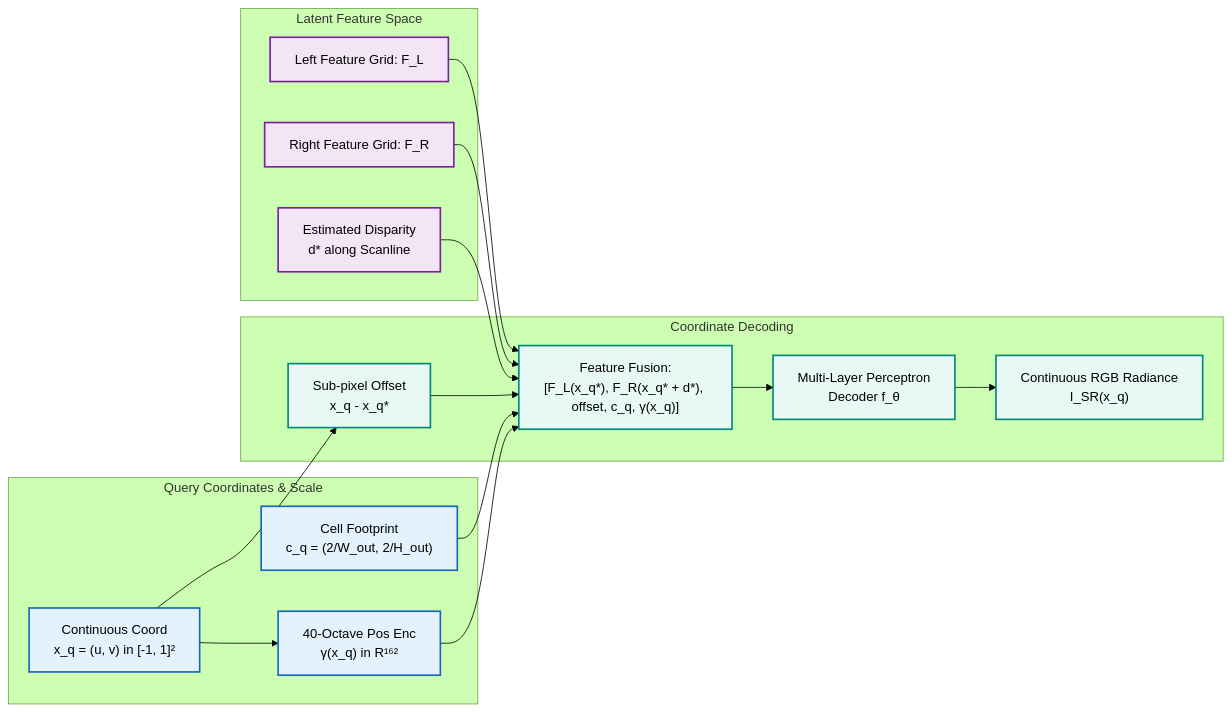
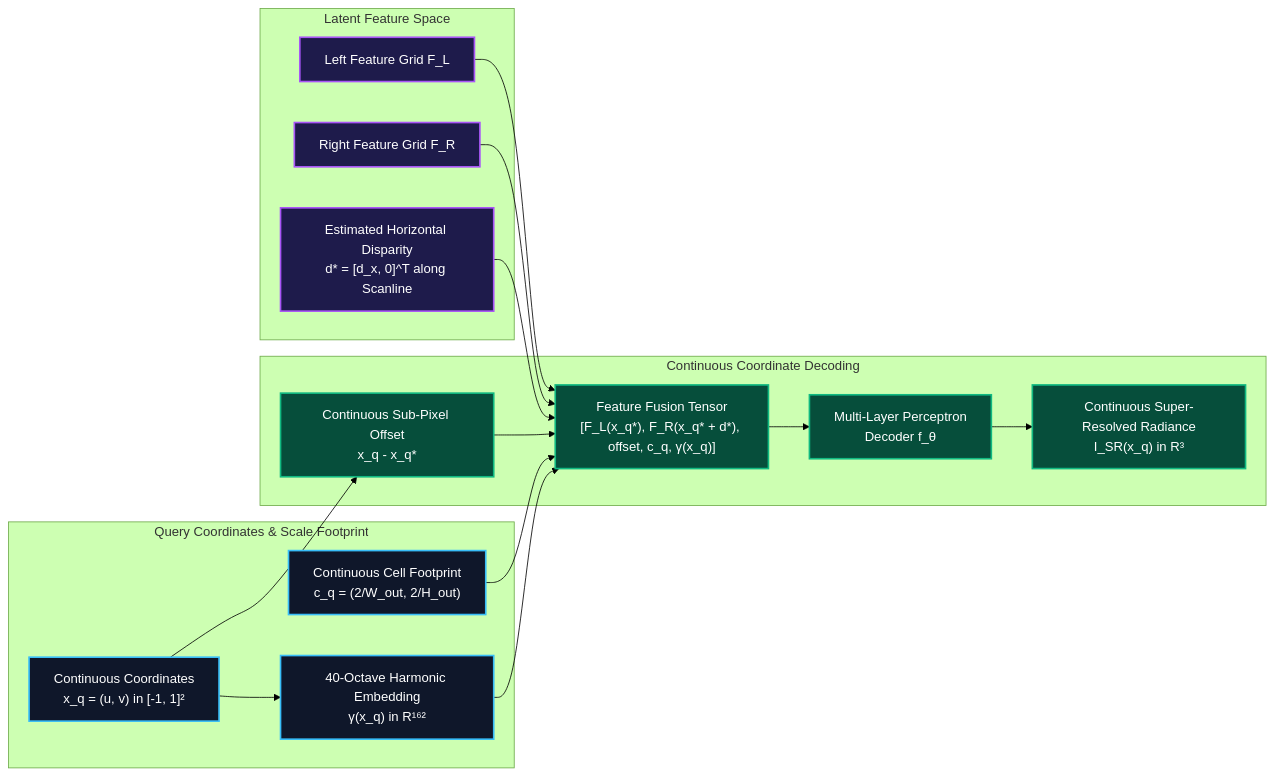
The second of 4 diagrams in README.md (zok213/StereoINR), drawn with Mermaid (forest theme) before and after one commit. The commit also changed other lines of this file and 1 other file, not shown here.

Commit message:
Fix GitHub Mermaid diagram contrast and KaTeX math formatting; align LaTeX equations

````diff
--- a/README.md
+++ b/README.md
@@ -133,35 +137,35 @@
 ```mermaid
 flowchart LR
-    subgraph Coordinates["Query Coordinates & Scale"]
-        XQ["Continuous Coord<br/>x_q = (u, v) in [-1, 1]²"]
-        CQ["Cell Footprint<br/>c_q = (2/W_out, 2/H_out)"]
-        Gamma["40-Octave Pos Enc<br/>γ(x_q) in R¹⁶²"]
+    subgraph Coordinates["Query Coordinates & Scale Footprint"]
+        XQ["Continuous Coordinates<br/>x_q = (u, v) in [-1, 1]²"]
+        CQ["Continuous Cell Footprint<br/>c_q = (2/W_out, 2/H_out)"]
+        Gamma["40-Octave Harmonic Embedding<br/>γ(x_q) in R¹⁶²"]
     end
 
     subgraph Latents["Latent Feature Space"]
-        FL["Left Feature Grid: F_L"]
-        FR["Right Feature Grid: F_R"]
-        Disp["Estimated Disparity<br/>d* along Scanline"]
+        FL["Left Feature Grid F_L"]
+        FR["Right Feature Grid F_R"]
+        Disp["Estimated Horizontal Disparity<br/>d* = [d_x, 0]^T along Scanline"]
     end
 
-    subgraph Synthesis["Coordinate Decoding"]
-        Offset["Sub-pixel Offset<br/>x_q - x_q*"]
-        ConcatFeat["Feature Fusion:<br/>[F_L(x_q*), F_R(x_q* + d*), offset, c_q, γ(x_q)]"]
+    subgraph Synthesis["Continuous Coordinate Decoding"]
+        Offset["Continuous Sub-Pixel Offset<br/>x_q - x_q*"]
+        ConcatFeat["Feature Fusion Tensor<br/>[F_L(x_q*), F_R(x_q* + d*), offset, c_q, γ(x_q)]"]
         MLP["Multi-Layer Perceptron<br/>Decoder f_θ"]
-        RGB["Continuous RGB Radiance<br/>I_SR(x_q)"]
+        RGB["Continuous Super-Resolved Radiance<br/>I_SR(x_q) in R³"]
     end
 
     XQ --> Offset
     XQ --> Gamma
     FL & FR & Disp --> ConcatFeat
     Offset & CQ & Gamma --> ConcatFeat
     ConcatFeat --> MLP --> RGB
 
-    classDef coord fill:#e3f2fd,stroke:#1565c0,stroke-width:2px;
-    classDef latent fill:#f3e5f5,stroke:#7b1fa2,stroke-width:2px;
-    classDef synth fill:#e8f8f5,stroke:#00897b,stroke-width:2px;
+    classDef coordStyle fill:#0f172a,stroke:#38bdf8,stroke-width:2px,color:#ffffff;
+    classDef latentStyle fill:#1e1b4b,stroke:#a855f7,stroke-width:2px,color:#ffffff;
+    classDef synthStyle fill:#064e3b,stroke:#10b981,stroke-width:2px,color:#ffffff;
 
-    class XQ,CQ,Gamma coord;
-    class FL,FR,Disp latent;
-    class Offset,ConcatFeat,MLP,RGB synth;
+    class XQ,CQ,Gamma coordStyle;
+    class FL,FR,Disp latentStyle;
+    class Offset,ConcatFeat,MLP,RGB synthStyle;
 ```
````
